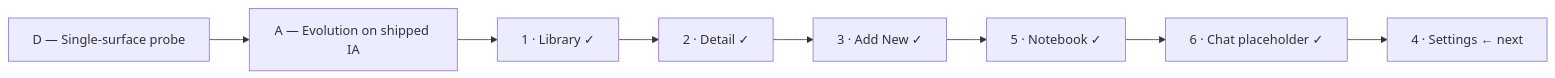
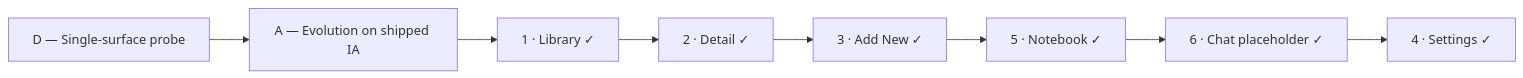
The diagram in docs/handoff/library-ui-evolution.md (Danjohnsonnj/phathom), drawn with Mermaid before and after one commit. The commit also changed other lines of this file and 14 other files, not shown here.

````diff
--- a/docs/handoff/library-ui-evolution.md
+++ b/docs/handoff/library-ui-evolution.md
@@ -54,10 +55,10 @@
 ```mermaid
 flowchart LR
     D["D — Single-surface probe"] --> A["A — Evolution on shipped IA"]
     A --> Lib["1 · Library ✓"]
     Lib --> Det["2 · Detail ✓"]
     Det --> Add["3 · Add New ✓"]
     Add --> NB["5 · Notebook ✓"]
     NB --> Chat["6 · Chat placeholder ✓"]
-    Chat --> Set["4 · Settings ← next"]
+    Chat --> Set["4 · Settings ✓"]
 ```
````
